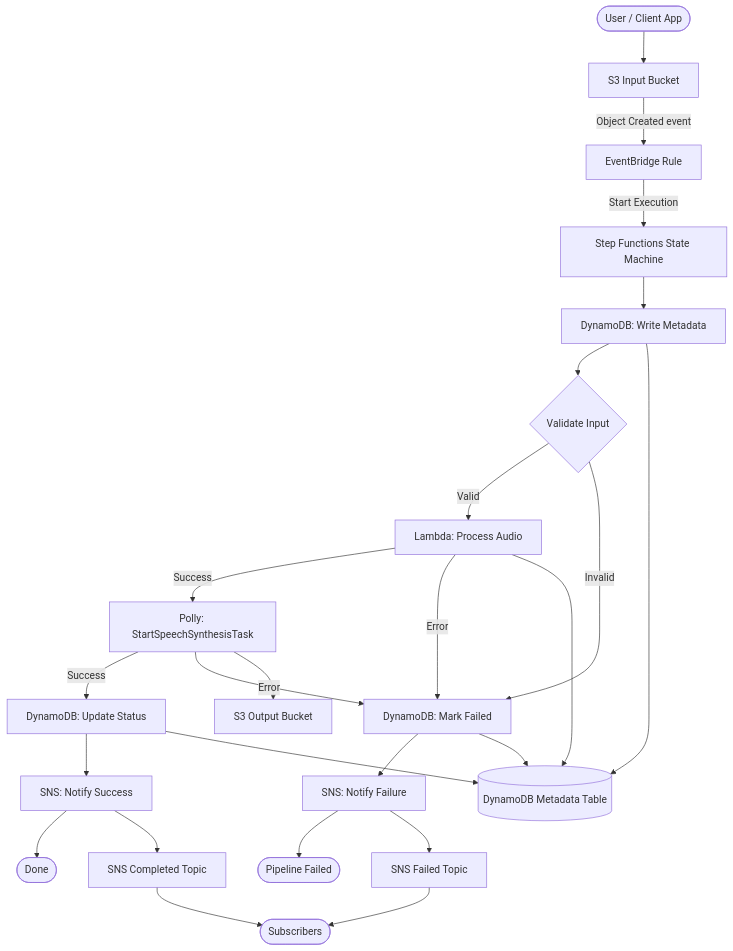
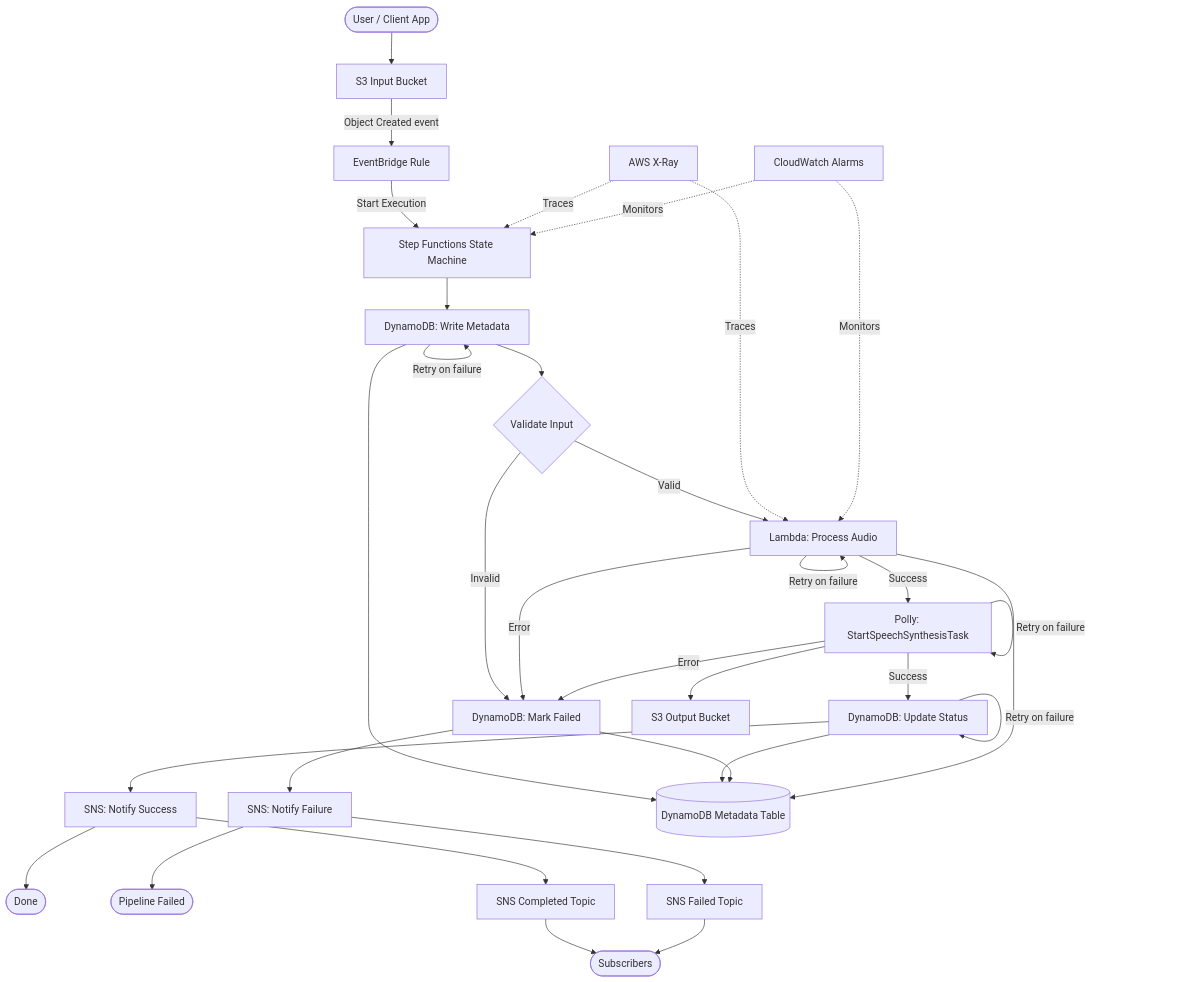
The first of 2 diagrams in ARCHITECTURE.md (obstreperous-ai/cdk-sleep-ts-kiro), drawn with Mermaid before and after one commit. The commit also changed other lines of this file and 7 other files, not shown here.

First line of the commit message:
feat: add error handling, retry policies, X-Ray tracing, and CloudWatch alarms

````diff
--- a/ARCHITECTURE.md
+++ b/ARCHITECTURE.md
@@ -25,27 +25,35 @@
 ```mermaid
 flowchart TD
     User([User / Client App]) --> S3Input[S3 Input Bucket]
     S3Input -->|Object Created event| EB[EventBridge Rule]
     EB -->|Start Execution| SFN[Step Functions State Machine]
     SFN --> WriteMetadata[DynamoDB: Write Metadata]
+    WriteMetadata -->|Retry on failure| WriteMetadata
     WriteMetadata --> ValidateInput{Validate Input}
     ValidateInput -->|Valid| ProcessAudio[Lambda: Process Audio]
     ValidateInput -->|Invalid| MarkFailed[DynamoDB: Mark Failed]
+    ProcessAudio -->|Retry on failure| ProcessAudio
     ProcessAudio -->|Success| PollyTask[Polly: StartSpeechSynthesisTask]
     ProcessAudio -->|Error| MarkFailed
+    PollyTask -->|Retry on failure| PollyTask
     PollyTask -->|Success| UpdateStatus[DynamoDB: Update Status]
     PollyTask -->|Error| MarkFailed
+    UpdateStatus -->|Retry on failure| UpdateStatus
     UpdateStatus --> NotifySuccess[SNS: Notify Success]
     NotifySuccess --> Done([Done])
     MarkFailed --> NotifyFailure[SNS: Notify Failure]
     NotifyFailure --> PipelineFailed([Pipeline Failed])
     WriteMetadata --> DDB[(DynamoDB Metadata Table)]
     UpdateStatus --> DDB
     MarkFailed --> DDB
     ProcessAudio --> DDB
     NotifySuccess --> SNSCompleted[SNS Completed Topic]
     NotifyFailure --> SNSFailed[SNS Failed Topic]
     SNSCompleted --> Subscribers([Subscribers])
     SNSFailed --> Subscribers
     PollyTask --> S3Output[S3 Output Bucket]
+    XRay[AWS X-Ray] -.->|Traces| SFN
+    XRay -.->|Traces| ProcessAudio
+    CWAlarms[CloudWatch Alarms] -.->|Monitors| SFN
+    CWAlarms -.->|Monitors| ProcessAudio
 ```
````
